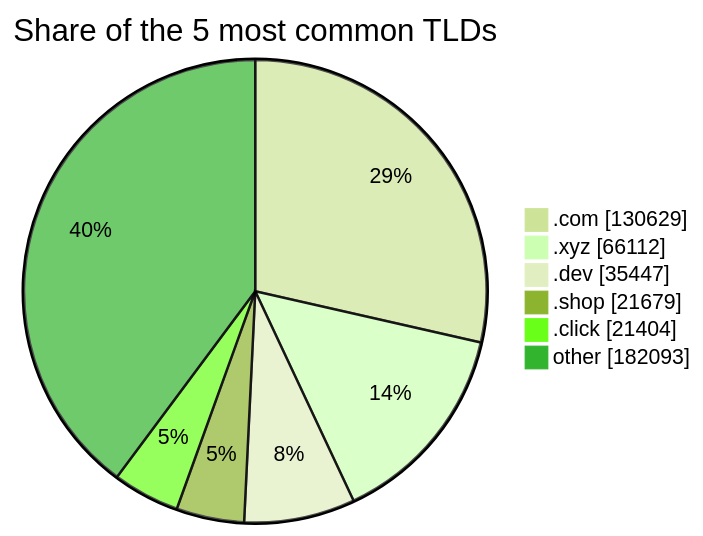
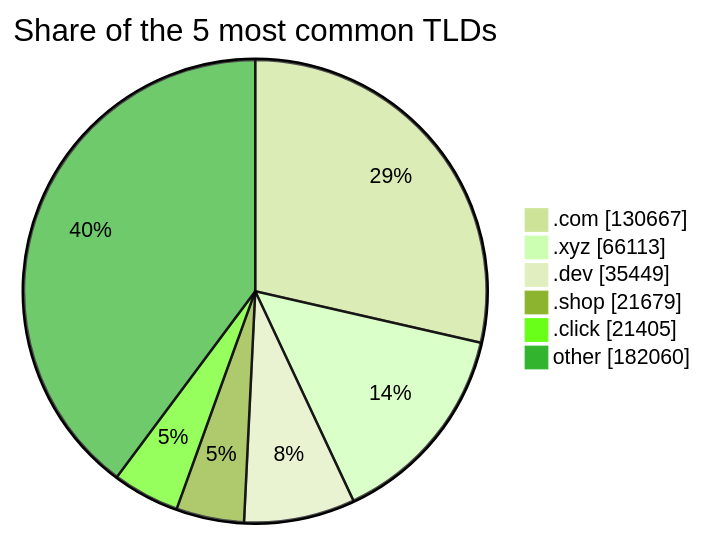
One commit to DNSBunker/CTI changed the third of 3 diagrams in README.md. Above: the diagram before and after it, drawn with Mermaid (forest theme). The commit also changed other lines of this file and 3 other files, not shown here.

````diff
--- a/README.md
+++ b/README.md
@@ -81,9 +81,9 @@
 ```mermaid
 pie showData title Share of the 5 most common TLDs
-    ".com" : 130629
-    ".xyz" : 66112
-    ".dev" : 35447
+    ".com" : 130667
+    ".xyz" : 66113
+    ".dev" : 35449
     ".shop" : 21679
-    ".click" : 21404
-    "other" : 182093
+    ".click" : 21405
+    "other" : 182060
 ```
````
